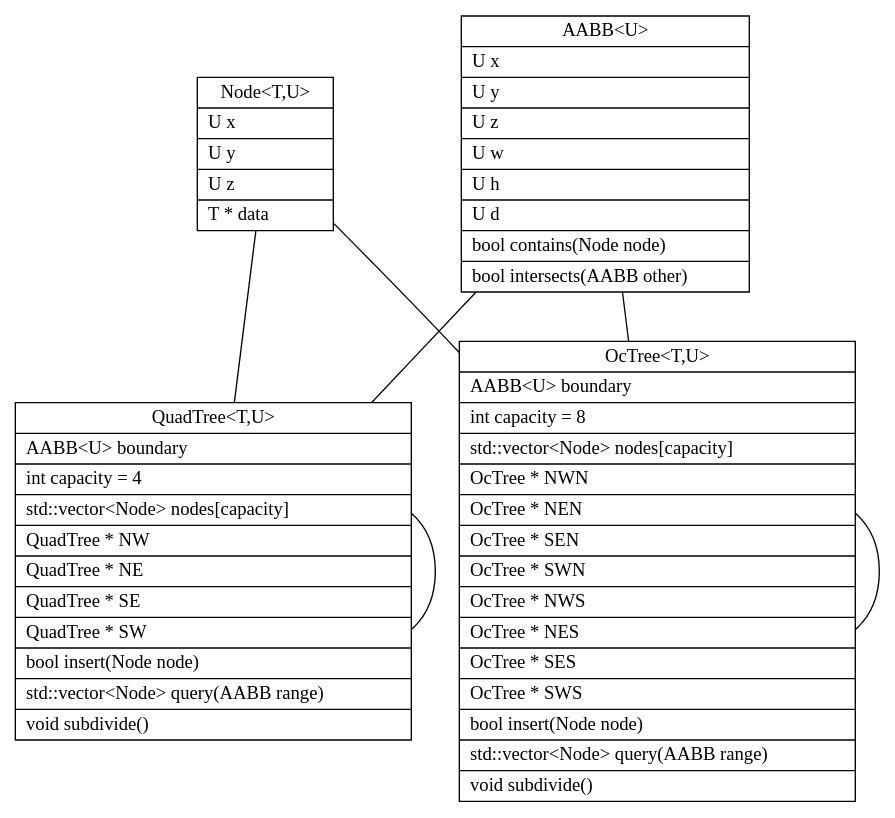
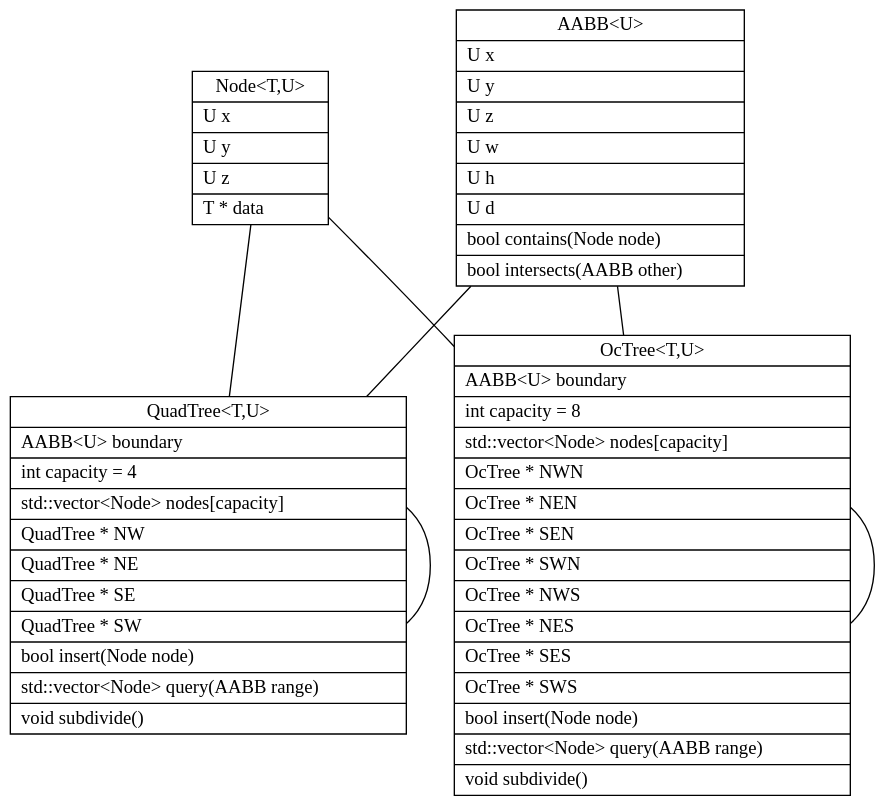
Before and after one commit to pvorselaars/spatial-tree: the diagram in doc/namespace.dot, drawn with Graphviz. The commit also changed 1 other file, not shown here.

```diff
--- a/doc/namespace.dot
+++ b/doc/namespace.dot
@@ -1,57 +1,58 @@
 graph namespace {
 	
-	node [shape=record]
+	graph [bgcolor=transparent]
+	node [shape=record,style=filled,fillcolor=white]
 
 	Element [label="{Node\<T,U\>|
 			  U x\l|
 			  U y\l|
 			  U z\l|
 			  T * data\l}"]
 
 	AABB [label="{\N\<U\>|
 			U x\l|
 			U y\l|
 			U z\l|
 			U w\l|
 			U h\l|
 			U d\l|
 			bool contains(Node node)\l|
 			bool intersects(AABB other)\l}"]
 
 	QuadTree [label="{\N\<T,U\>|
 			   AABB\<U\> boundary\l|
 			   int capacity = 4\l|
 			   std::vector\<Node\> nodes[capacity]\l|
 			   QuadTree * NW\l|
 			   QuadTree * NE\l|
 			   QuadTree * SE\l|
 			   QuadTree * SW\l|
 			   bool insert(Node node)\l|
 			   std::vector\<Node\> query(AABB range)\l|
 			   void subdivide()\l}"]
 	
 	OcTree [label="{\N\<T,U\>|
 			  AABB\<U\> boundary\l|
 			  int capacity = 8\l|
 			  std::vector\<Node\> nodes[capacity]\l|
 			  OcTree * NWN\l|
 			  OcTree * NEN\l|
 			  OcTree * SEN\l|
 			  OcTree * SWN\l|
 			  OcTree * NWS\l|
 			  OcTree * NES\l|
 			  OcTree * SES\l|
 			  OcTree * SWS\l|
 			  bool insert(Node node)\l|
 			  std::vector\<Node\> query(AABB range)\l|
 			  void subdivide()\l}"]
 	
 	
 	Element -- QuadTree
 	Element -- OcTree
 	AABB -- QuadTree
 	AABB -- OcTree
 	QuadTree -- QuadTree
 	OcTree -- OcTree
 
 }
```
